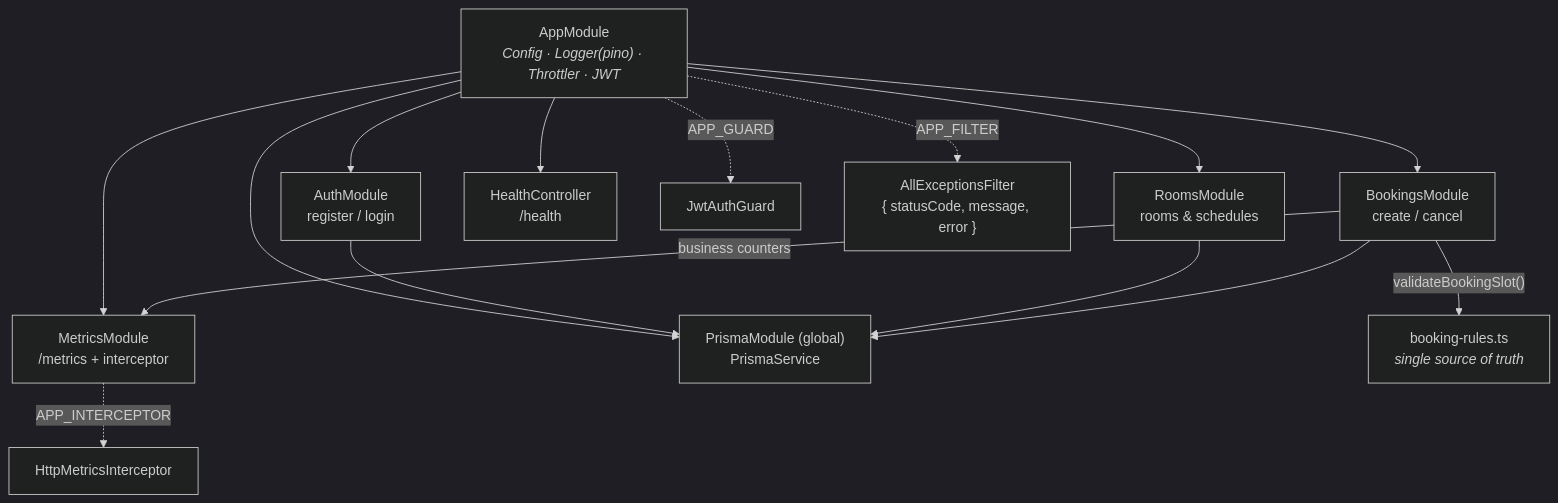
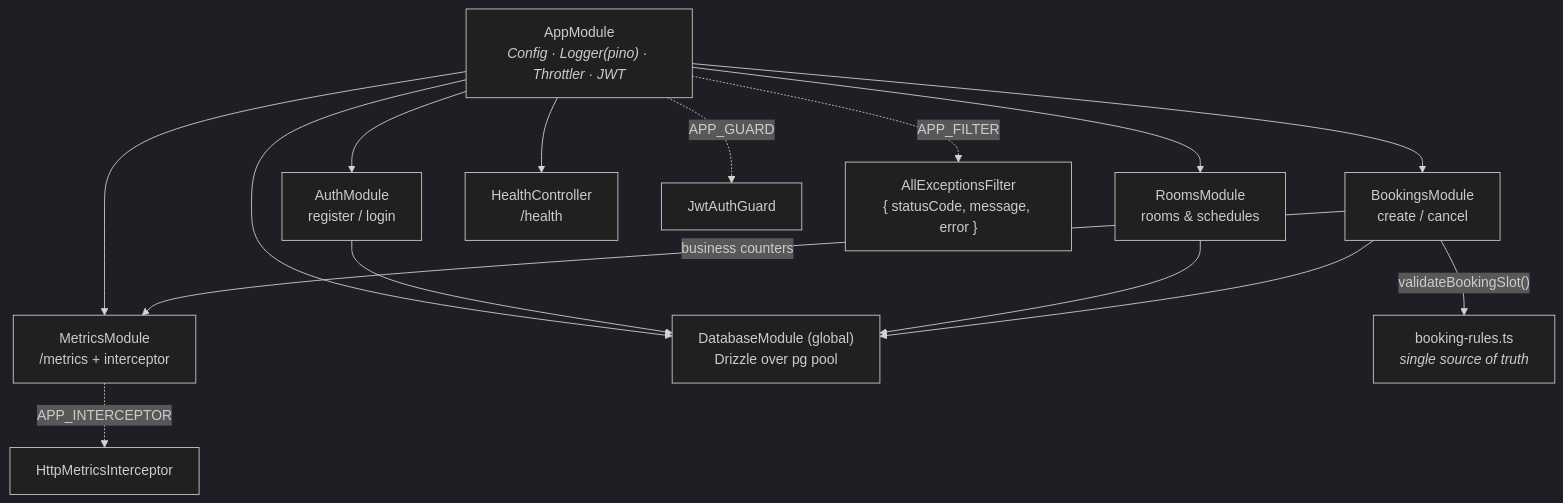
Before and after one commit to dmytronedilko/meeting-room-booking: the first of 4 diagrams in apps/backend/README.md, drawn with Mermaid (dark theme). The commit also changed other lines of this file and 55 other files, not shown here.

First line of the commit message:
refactor(backend): migrate from Prisma 7 to Drizzle ORM

````diff
--- a/apps/backend/README.md
+++ b/apps/backend/README.md
@@ -14,21 +14,21 @@
 ```mermaid
 flowchart TD
     App["AppModule<br/><i>Config · Logger(pino) · Throttler · JWT</i>"]
 
     App --> Auth["AuthModule<br/>register / login"]
     App --> Rooms["RoomsModule<br/>rooms & schedules"]
     App --> Bookings["BookingsModule<br/>create / cancel"]
     App --> Metrics["MetricsModule<br/>/metrics + interceptor"]
-    App --> Prisma["PrismaModule (global)<br/>PrismaService"]
+    App --> DB["DatabaseModule (global)<br/>Drizzle over pg pool"]
     App --> Health["HealthController<br/>/health"]
 
     Bookings -- "business counters" --> Metrics
     Bookings -- "validateBookingSlot()" --> Rules["booking-rules.ts<br/><i>single source of truth</i>"]
-    Auth --> Prisma
-    Rooms --> Prisma
-    Bookings --> Prisma
+    Auth --> DB
+    Rooms --> DB
+    Bookings --> DB
 
     App -. "APP_GUARD" .-> Guard["JwtAuthGuard"]
     App -. "APP_FILTER" .-> Filter["AllExceptionsFilter<br/>{ statusCode, message, error }"]
     Metrics -. "APP_INTERCEPTOR" .-> Icept["HttpMetricsInterceptor"]
 ```
````
